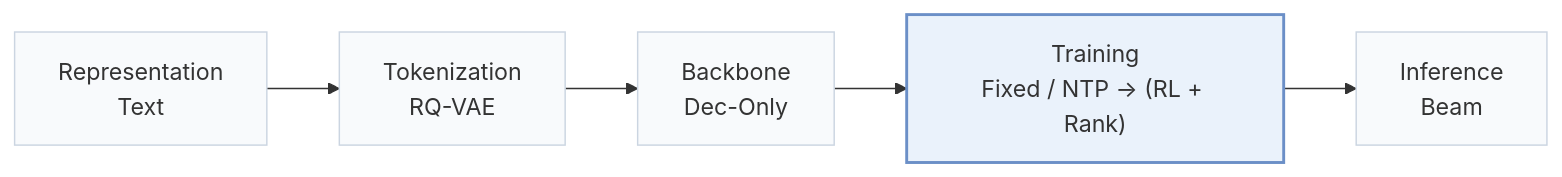
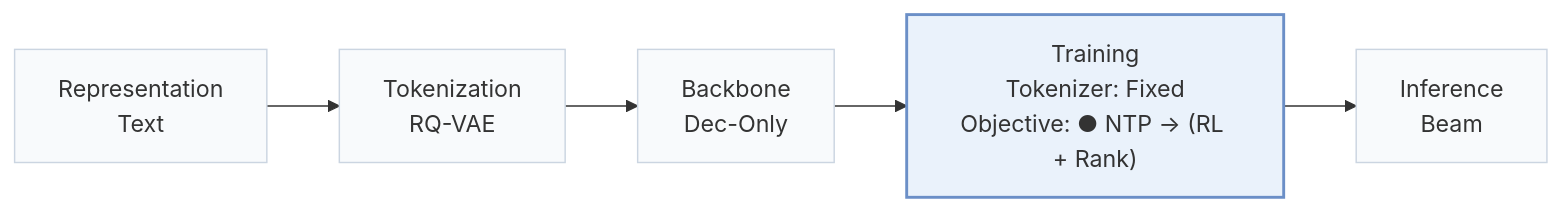
The first of 2 diagrams in pages/papers/ugr.md (Galaxy-ghost/Awesome-SID-Generative-Rec), drawn with Mermaid before and after one commit. The commit also changed other lines of this file and 558 other files, not shown here.

````diff
--- a/pages/papers/ugr.md
+++ b/pages/papers/ugr.md
@@ -15,8 +18,8 @@
 ```mermaid
 flowchart LR
-    R["Representation<br/>Text"] --> T["Tokenization<br/>RQ-VAE"] --> B["Backbone<br/>Dec-Only"] --> TR["Training<br/>Fixed / NTP → (RL + Rank)"] --> I["Inference<br/>Beam"]
+    R["Representation<br/>Text"] --> T["Tokenization<br/>RQ-VAE"] --> B["Backbone<br/>Dec-Only"] --> TR["Training<br/>Tokenizer: Fixed<br/>Objective: ● NTP → (RL + Rank)"] --> I["Inference<br/>Beam"]
     classDef base fill:#f8fafc,stroke:#cbd5e1
     class R,T,B,TR,I base
     classDef main fill:#eaf2fb,stroke:#6b8fc7,stroke-width:2px
     class TR main
 ```
````
